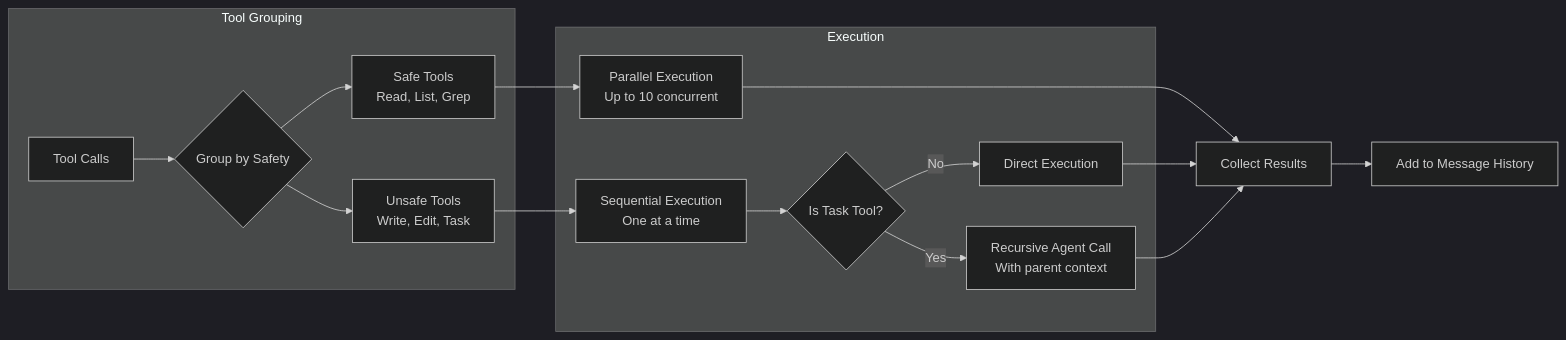
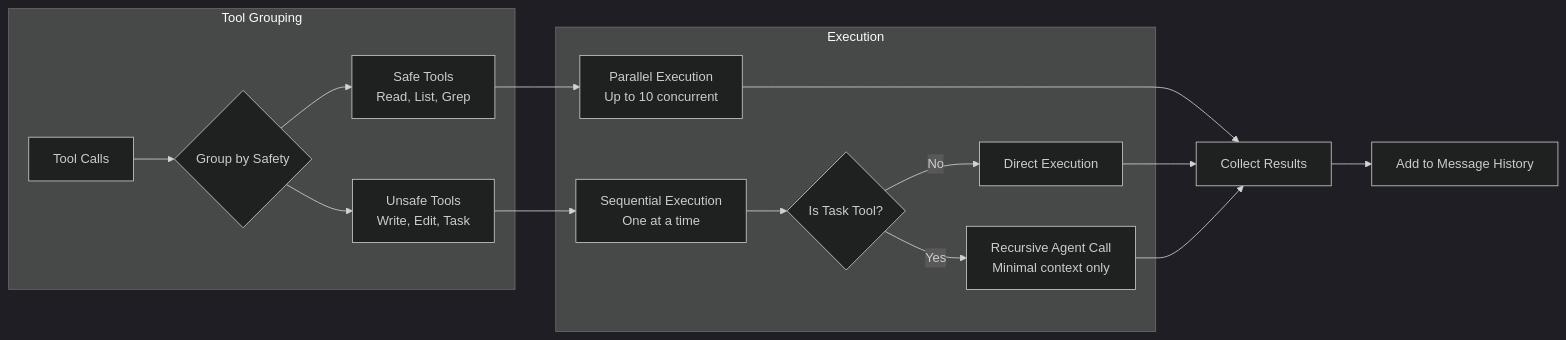
The third of 3 diagrams in README.md (nielspeter/agent-orchestration-system), drawn with Mermaid (dark theme) before and after one commit. The commit also changed other lines of this file, not shown here.

First line of the commit message:
docs: Update README to reflect pull architecture implementation

````diff
--- a/README.md
+++ b/README.md
@@ -310,22 +326,22 @@
 ```mermaid
 flowchart LR
     subgraph "Tool Grouping"
         Tools[Tool Calls] --> Group{Group by Safety}
         Group --> Safe[Safe Tools<br/>Read, List, Grep]
         Group --> Unsafe[Unsafe Tools<br/>Write, Edit, Task]
     end
     
     subgraph "Execution"
         Safe --> Parallel[Parallel Execution<br/>Up to 10 concurrent]
         Unsafe --> Sequential[Sequential Execution<br/>One at a time]
         Sequential --> Delegate{Is Task Tool?}
-        Delegate -->|Yes| Recursive[Recursive Agent Call<br/>With parent context]
+        Delegate -->|Yes| Recursive[Recursive Agent Call<br/>Minimal context only]
         Delegate -->|No| Direct[Direct Execution]
     end
     
     Parallel --> Results[Collect Results]
     Direct --> Results
     Recursive --> Results
     
     Results --> Messages[Add to Message History]
 ```
````
